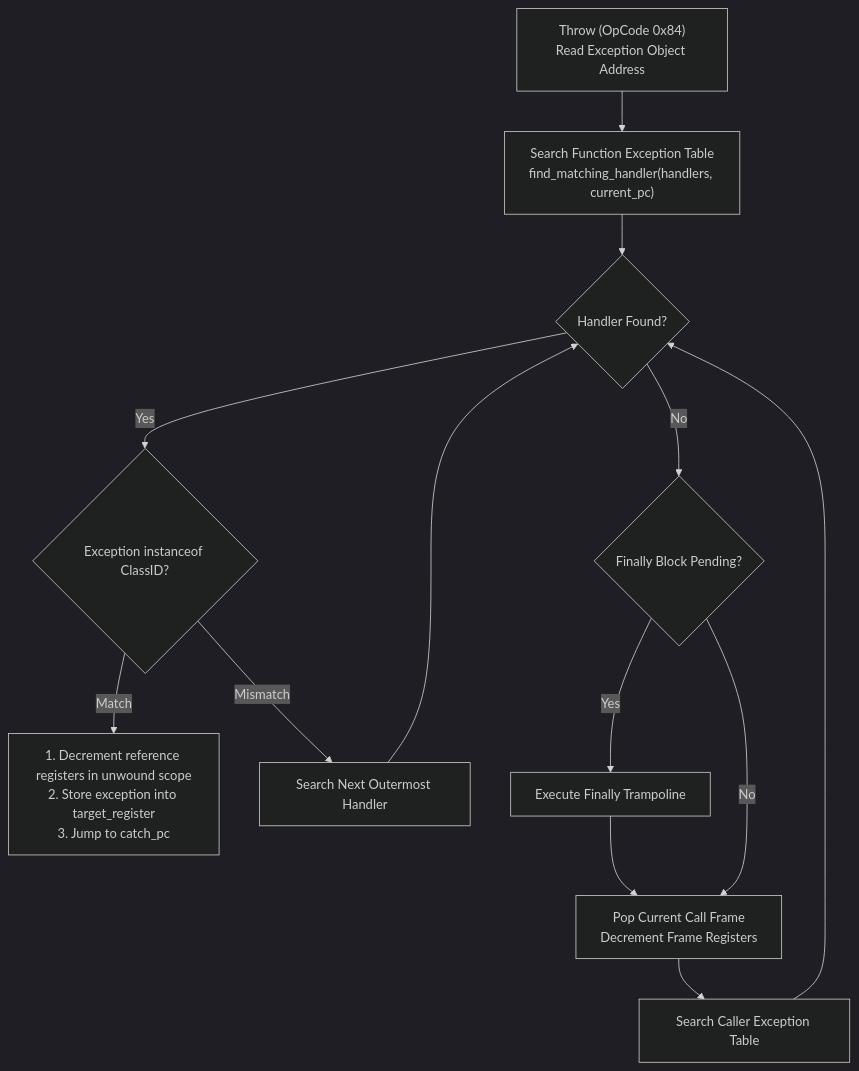
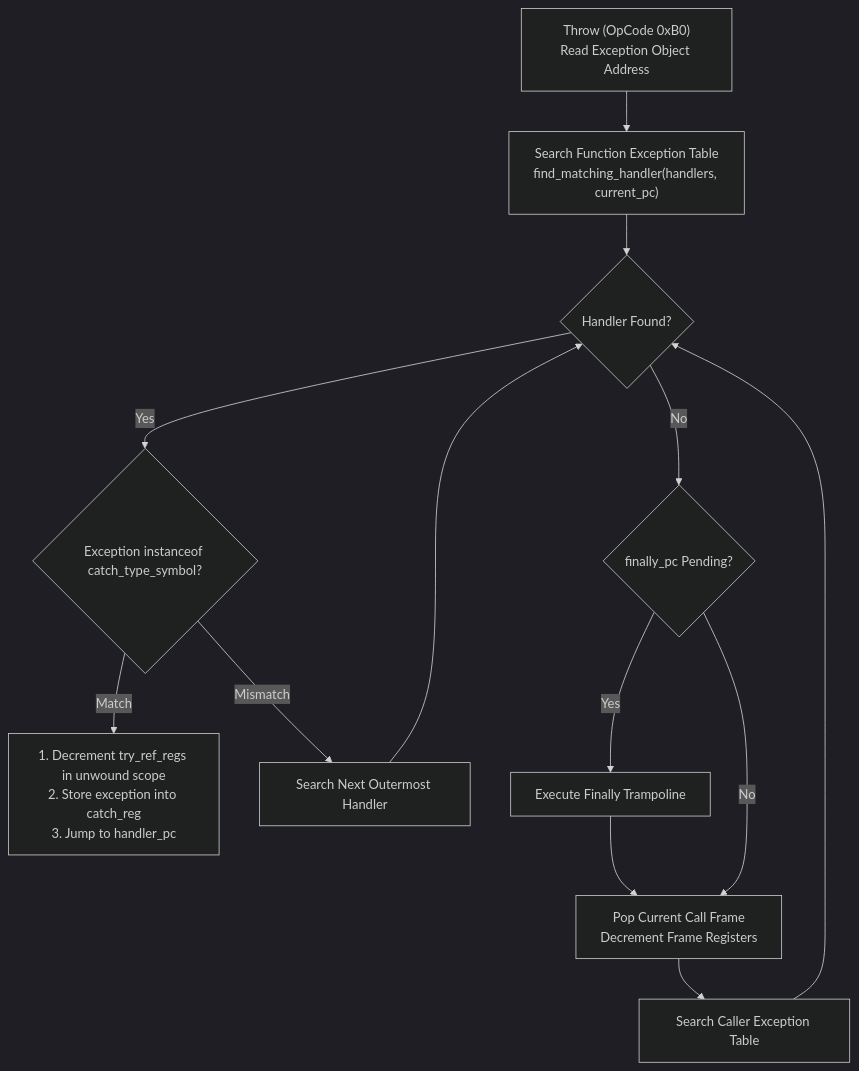
The diagram in docs/architecture/exception_unwinding.md (Jehudme/solix-language), drawn with Mermaid (dark theme) before and after one commit. The commit also changed other lines of this file and 13 other files, not shown here.

Commit message:
docs(docs): align wiki and architecture docs with runtime, binder, and FFI

````diff
--- a/docs/architecture/exception_unwinding.md
+++ b/docs/architecture/exception_unwinding.md
@@ -37,15 +41,15 @@
 ```mermaid
 flowchart TD
-    ThrowInstruction["Throw (OpCode 0x84)\nRead Exception Object Address"] --> SearchHandlers["Search Function Exception Table\nfind_matching_handler(handlers, current_pc)"]
+    ThrowInstruction["Throw (OpCode 0xB0)\nRead Exception Object Address"] --> SearchHandlers["Search Function Exception Table\nfind_matching_handler(handlers, current_pc)"]
     SearchHandlers --> CheckHandler{"Handler Found?"}
-    CheckHandler -->|Yes| CheckType{"Exception instanceof ClassID?"}
-    CheckType -->|Match| DispatchCatch["1. Decrement reference registers in unwound scope\n2. Store exception into target_register\n3. Jump to catch_pc"]
+    CheckHandler -->|Yes| CheckType{"Exception instanceof catch_type_symbol?"}
+    CheckType -->|Match| DispatchCatch["1. Decrement try_ref_regs in unwound scope\n2. Store exception into catch_reg\n3. Jump to handler_pc"]
     CheckType -->|Mismatch| NextHandler["Search Next Outermost Handler"]
     NextHandler --> CheckHandler
-    CheckHandler -->|No| CheckFinally{"Finally Block Pending?"}
+    CheckHandler -->|No| CheckFinally{"finally_pc Pending?"}
     CheckFinally -->|Yes| ExecFinally["Execute Finally Trampoline"]
     ExecFinally --> PopFrame["Pop Current Call Frame\nDecrement Frame Registers"]
     CheckFinally -->|No| PopFrame
     PopFrame --> SearchCaller["Search Caller Exception Table"]
     SearchCaller --> CheckHandler
 ```
````
